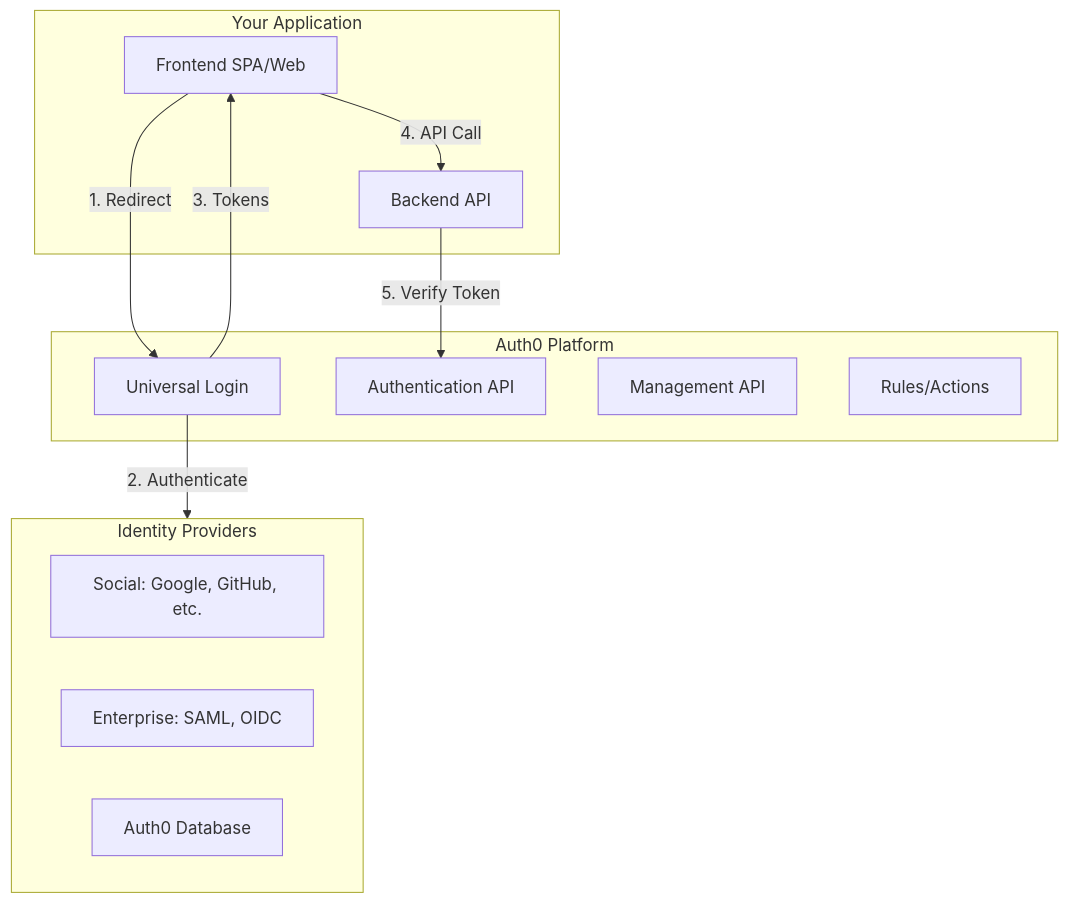
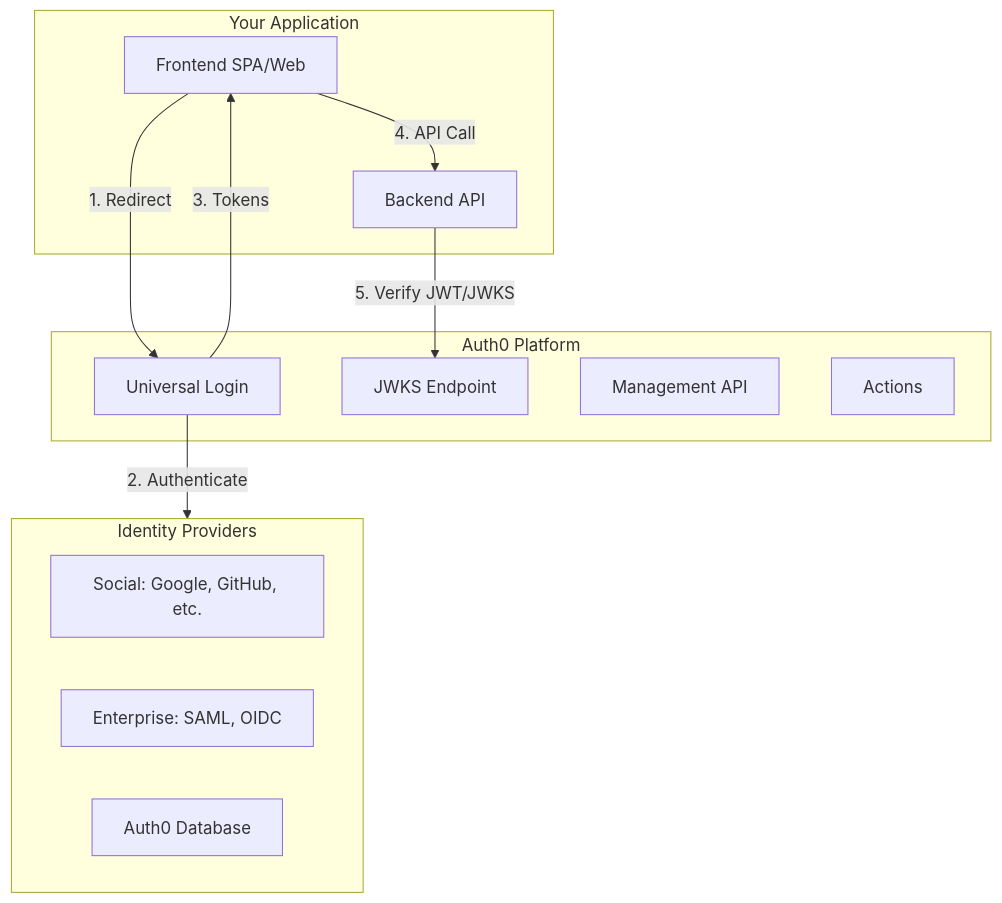
One commit to OneUptime/blog changed the first of 3 diagrams in posts/2026-01-24-oauth2-auth0-configuration/README.md. Above: the diagram before and after it, drawn with Mermaid. The commit also changed other lines of this file and 4262 other files, not shown here.

````diff
--- a/posts/2026-01-24-oauth2-auth0-configuration/README.md
+++ b/posts/2026-01-24-oauth2-auth0-configuration/README.md
@@ -17,26 +17,26 @@
 ```mermaid
 flowchart TD
     subgraph YourApp[Your Application]
         Frontend[Frontend SPA/Web]
         Backend[Backend API]
     end
 
     subgraph Auth0[Auth0 Platform]
         Universal[Universal Login]
-        AuthAPI[Authentication API]
+        JWKS[JWKS Endpoint]
         MgmtAPI[Management API]
-        Rules[Rules/Actions]
+        Actions[Actions]
     end
 
     subgraph IdPs[Identity Providers]
         Social[Social: Google, GitHub, etc.]
         Enterprise[Enterprise: SAML, OIDC]
         Database[Auth0 Database]
     end
 
     Frontend -->|1. Redirect| Universal
     Universal -->|2. Authenticate| IdPs
     Universal -->|3. Tokens| Frontend
     Frontend -->|4. API Call| Backend
-    Backend -->|5. Verify Token| AuthAPI
+    Backend -->|5. Verify JWT/JWKS| JWKS
 ```
````
